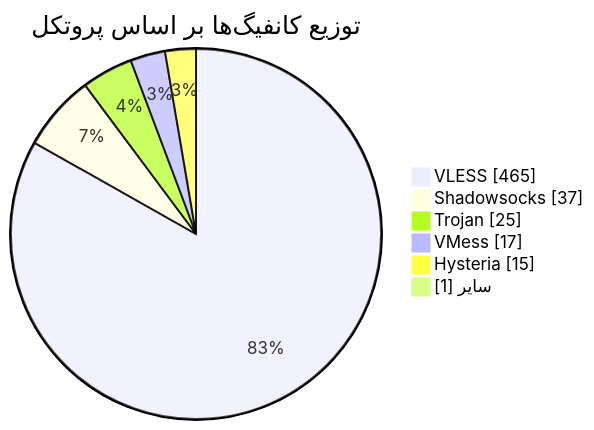
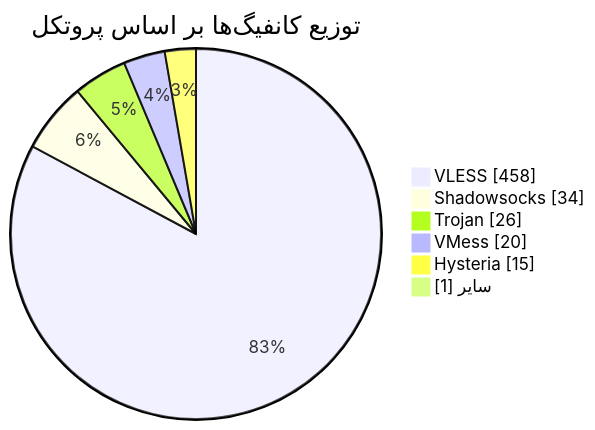
The diagram in README.md (Arian-Alijani/Somthing), drawn with Mermaid before and after one commit. The commit also changed other lines of this file and 83 other files, not shown here.

````diff
--- a/README.md
+++ b/README.md
@@ -48,10 +48,10 @@
 ```mermaid
 pie showData
     title توزیع کانفیگ‌ها بر اساس پروتکل
-    "VLESS" : 465
-    "Shadowsocks" : 37
-    "Trojan" : 25
-    "VMess" : 17
+    "VLESS" : 458
+    "Shadowsocks" : 34
+    "Trojan" : 26
+    "VMess" : 20
     "Hysteria" : 15
     "سایر" : 1
 ```
````
